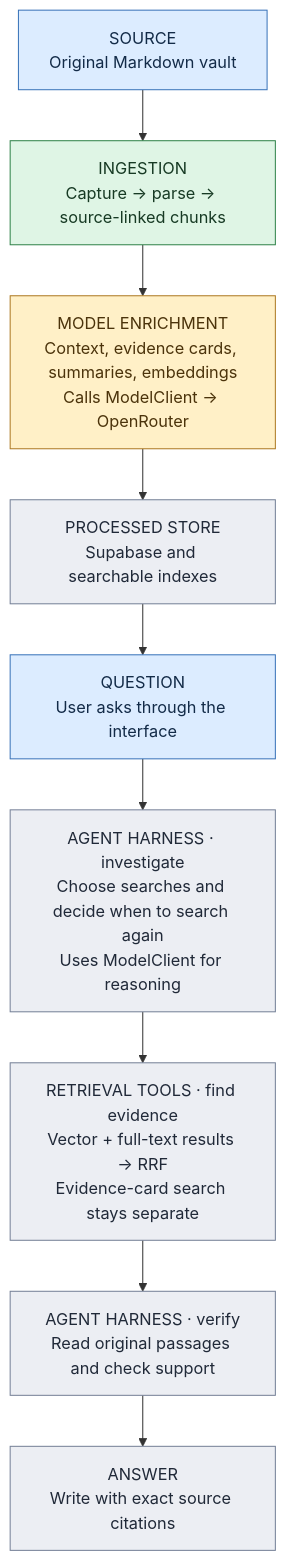
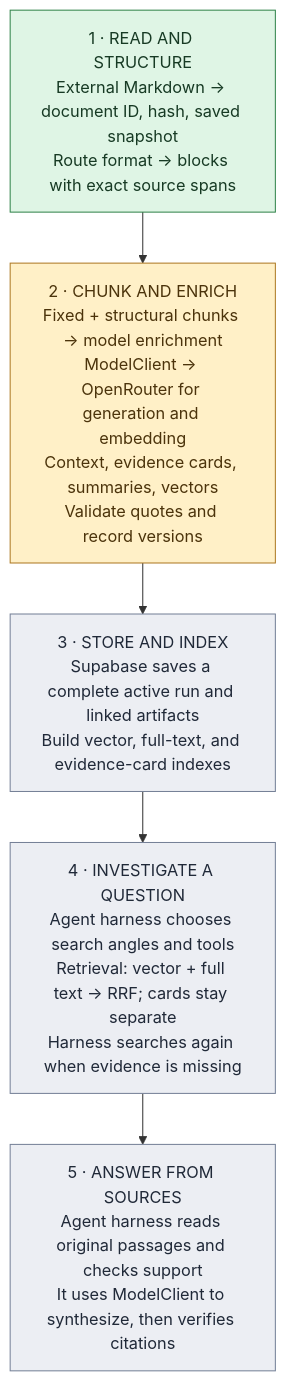
Before and after one commit to matteop92/knowledge-base-agent: the diagram in SYSTEM.md, drawn with Mermaid. The commit also changed other lines of this file, not shown here.

Commit message:
docs: show ordered system stages and responsibilities

````diff
--- a/SYSTEM.md
+++ b/SYSTEM.md
@@ -5,23 +5,17 @@
 ```mermaid
 flowchart TB
-    SOURCE["SOURCE<br/>Original Markdown vault"]
-    INGEST["INGESTION<br/>Capture → parse → source-linked chunks"]
-    ENRICH["MODEL ENRICHMENT<br/>Context, evidence cards, summaries, embeddings<br/>Calls ModelClient → OpenRouter"]
-    STORE["PROCESSED STORE<br/>Supabase and searchable indexes"]
-    ASK["QUESTION<br/>User asks through the interface"]
-    PLAN["AGENT HARNESS · investigate<br/>Choose searches and decide when to search again<br/>Uses ModelClient for reasoning"]
-    SEARCH["RETRIEVAL TOOLS · find evidence<br/>Vector + full-text results → RRF<br/>Evidence-card search stays separate"]
-    CHECK["AGENT HARNESS · verify<br/>Read original passages and check support"]
-    ANSWER["ANSWER<br/>Write with exact source citations"]
+    A["1 · READ AND STRUCTURE<br/>External Markdown → document ID, hash, saved snapshot<br/>Route format → blocks with exact source spans"]
+    B["2 · CHUNK AND ENRICH<br/>Fixed + structural chunks → model enrichment<br/>ModelClient → OpenRouter for generation and embedding<br/>Context, evidence cards, summaries, vectors<br/>Validate quotes and record versions"]
+    C["3 · STORE AND INDEX<br/>Supabase saves a complete active run and linked artifacts<br/>Build vector, full-text, and evidence-card indexes"]
+    D["4 · INVESTIGATE A QUESTION<br/>Agent harness chooses search angles and tools<br/>Retrieval: vector + full text → RRF; cards stay separate<br/>Harness searches again when evidence is missing"]
+    E["5 · ANSWER FROM SOURCES<br/>Agent harness reads original passages and checks support<br/>It uses ModelClient to synthesize, then verifies citations"]
 
-    SOURCE --> INGEST --> ENRICH --> STORE --> ASK --> PLAN --> SEARCH --> CHECK --> ANSWER
+    A --> B --> C --> D --> E
 
-    classDef source fill:#dcecff,stroke:#3973b9,color:#132b48
     classDef working fill:#dff5e5,stroke:#30834a,color:#173a24
     classDef coded fill:#fff0c7,stroke:#ad7923,color:#4b330b
     classDef planned fill:#eceef3,stroke:#758097,color:#202938
-    class SOURCE,ASK source
-    class INGEST working
-    class ENRICH coded
-    class STORE,PLAN,SEARCH,CHECK,ANSWER planned
+    class A working
+    class B coded
+    class C,D,E planned
 ```
````
